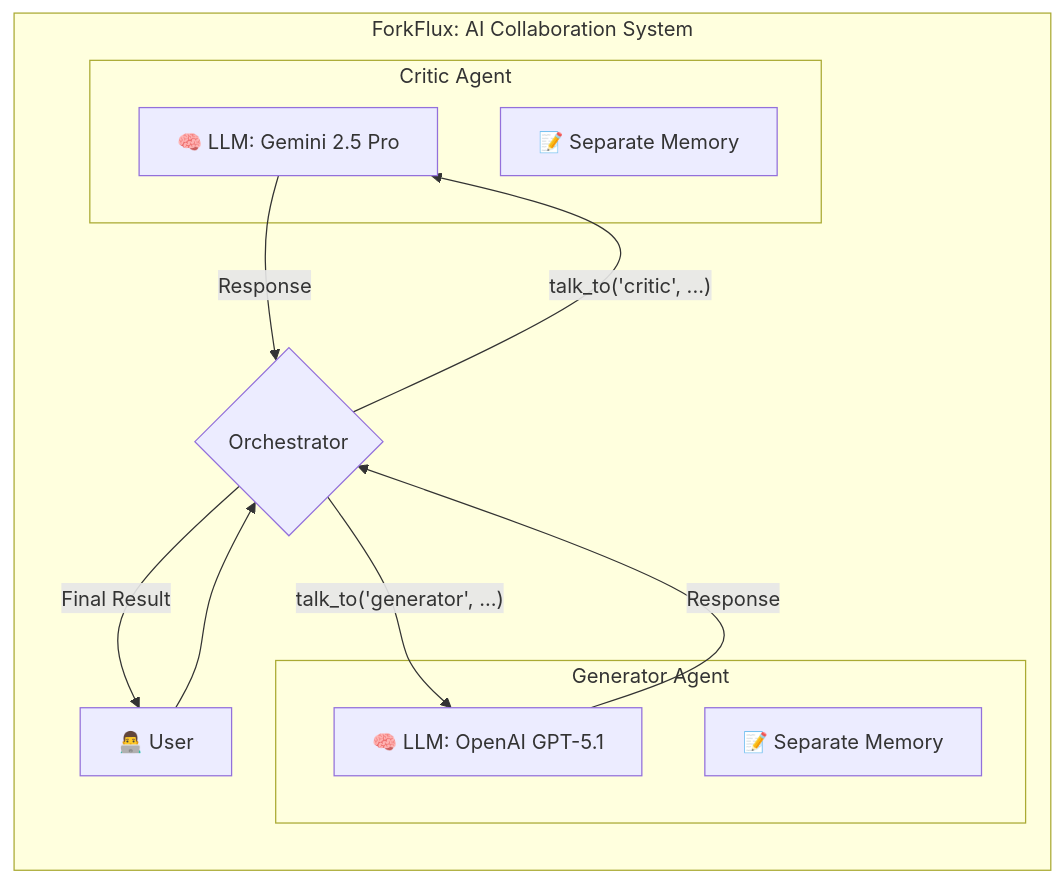
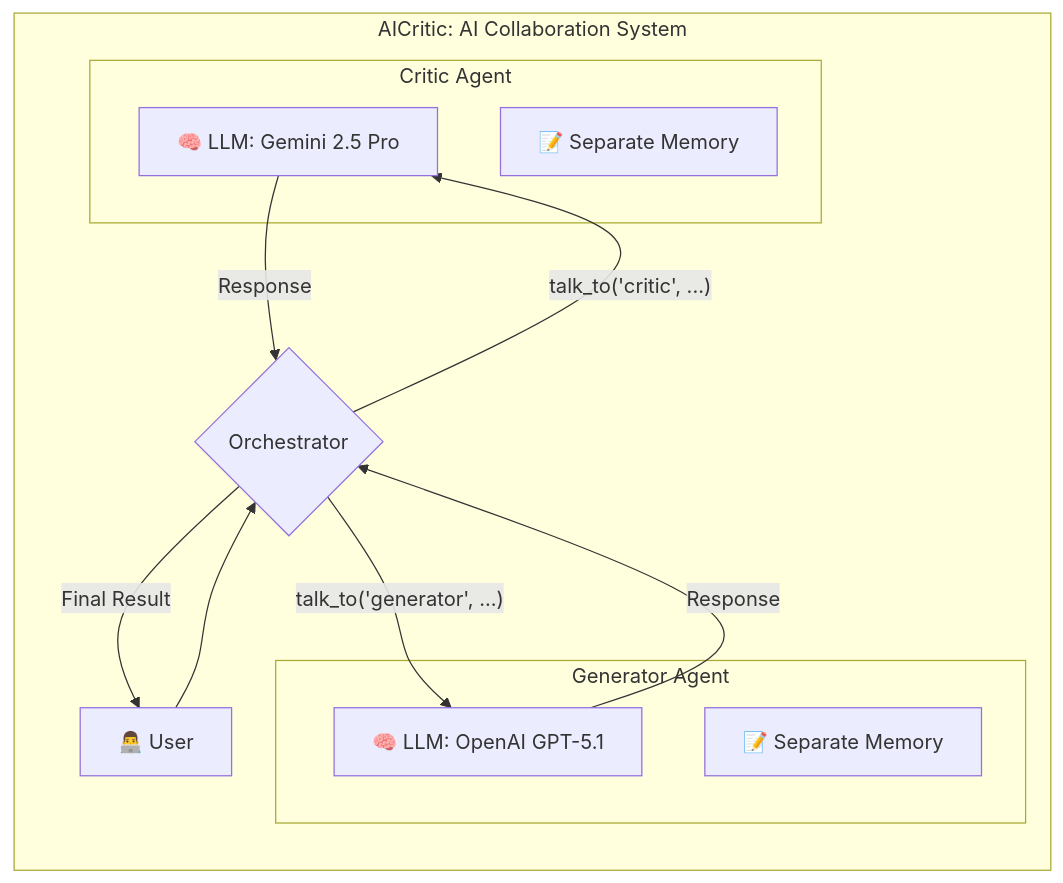
One commit to scream4ik/forkflux changed the diagram in README.md. Above: the diagram before and after it, drawn with Mermaid. The commit also changed other lines of this file, not shown here.

````diff
--- a/README.md
+++ b/README.md
@@ -27,22 +27,22 @@
 ```mermaid
 graph LR
-    subgraph "ForkFlux: AI Collaboration System"
+    subgraph "AICritic: AI Collaboration System"
         U[👨‍💻 User] --> O{Orchestrator}
 
         subgraph "Generator Agent"
             A1_LLM[🧠 LLM: OpenAI GPT-5.1]
             A1_Mem[📝 Separate Memory]
         end
 
         subgraph "Critic Agent"
             A2_LLM[🧠 LLM: Gemini 2.5 Pro]
             A2_Mem[📝 Separate Memory]
         end
 
         O -- "talk_to('generator', ...)" --> A1_LLM
         O -- "talk_to('critic', ...)" --> A2_LLM
         A1_LLM -- "Response" --> O
         A2_LLM -- "Response" --> O
         O -- "Final Result" --> U
     end
 ```
````
